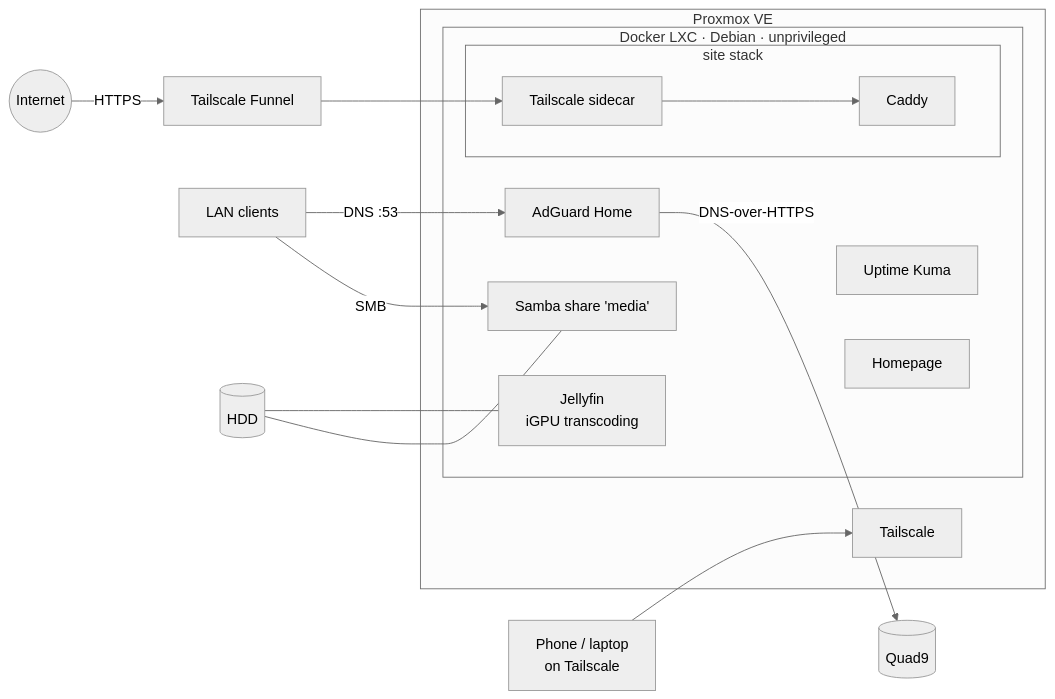
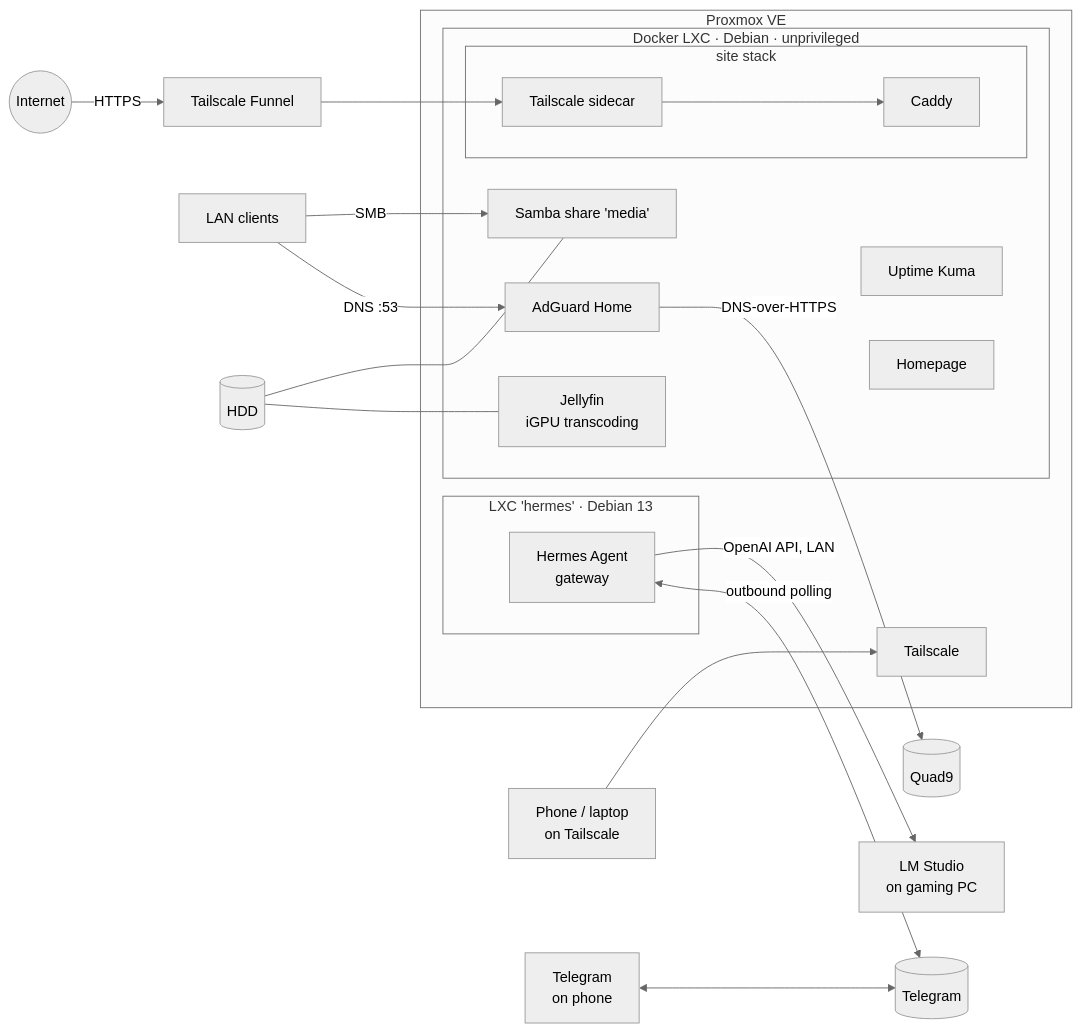
One commit to 13c37/homelab changed the diagram in README.md. Above: the diagram before and after it, drawn with Mermaid (neutral theme). The commit also changed other lines of this file and 3 other files, not shown here.

Commit message:
Add Hermes Agent (local LLM via LM Studio, Telegram gateway)

````diff
--- a/README.md
+++ b/README.md
@@ -11,26 +13,33 @@
 ```mermaid
 flowchart LR
   internet((Internet)) -->|HTTPS| funnel[Tailscale Funnel]
   phone[Phone / laptop<br>on Tailscale] --> ts[Tailscale]
   lan[LAN clients] -->|DNS :53| adg
   lan -->|SMB| smb
 
+  tgapp[Telegram<br>on phone] <--> tg[(Telegram)]
+
   subgraph pve[Proxmox VE]
     ts
+    subgraph hct[LXC 'hermes' · Debian 13]
+      hermes[Hermes Agent<br>gateway]
+    end
     subgraph ct[Docker LXC · Debian · unprivileged]
       adg[AdGuard Home]
       jf[Jellyfin<br>iGPU transcoding]
       kuma[Uptime Kuma]
       hp[Homepage]
       smb[Samba share 'media']
       subgraph site[site stack]
         sts[Tailscale sidecar] --> caddy[Caddy]
       end
     end
   end
 
   funnel --> sts
   adg -->|DNS-over-HTTPS| quad9[(Quad9)]
   hdd[(HDD)] --- jf
   hdd --- smb
+  hermes <-->|outbound polling| tg
+  hermes -->|OpenAI API, LAN| lms[LM Studio<br>on gaming PC]
 ```
````
